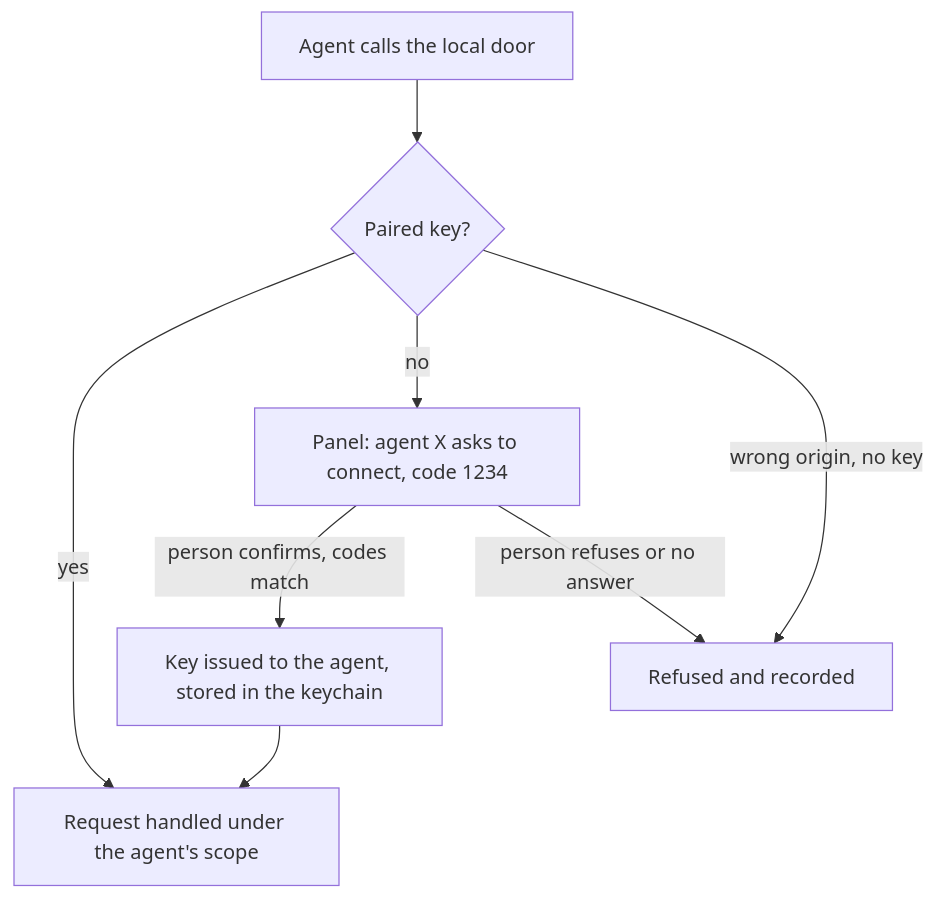
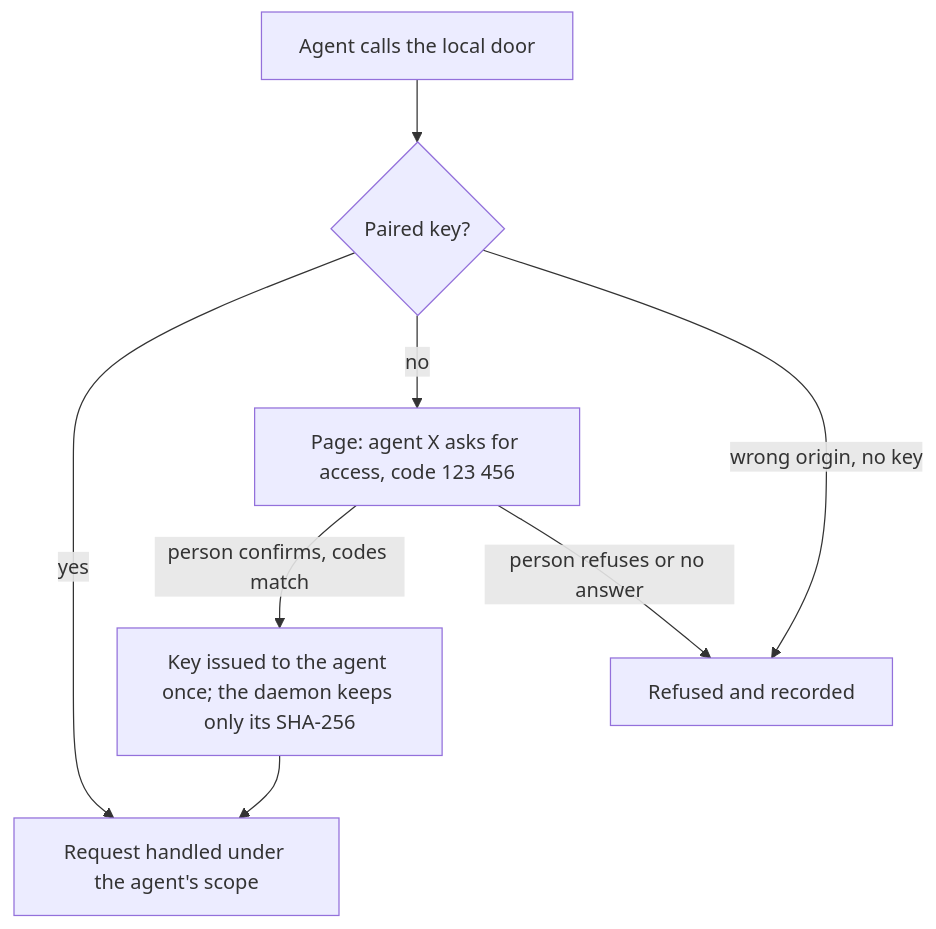
Before and after one commit to passioncode-ai/okolos: diagram 21 of 23 in docs/ux/flows.md, drawn with Mermaid. The commit also changed other lines of this file and 19 other files, not shown here.

````diff
--- a/docs/ux/flows.md
+++ b/docs/ux/flows.md
@@ -707,10 +707,10 @@
 ```mermaid
 flowchart TD
   A[Agent calls the local door] --> K{Paired key?}
   K -->|yes| OK[Request handled under the agent's scope]
-  K -->|no| P[Panel: agent X asks to connect, code 1234]
-  P -->|person confirms, codes match| R[Key issued to the agent, stored in the keychain]
+  K -->|no| P[Page: agent X asks for access, code 123 456]
+  P -->|person confirms, codes match| R[Key issued to the agent once; the daemon keeps only its SHA-256]
   P -->|person refuses or no answer| N[Refused and recorded]
   R --> OK
   K -->|wrong origin, no key| N
 ```
````
